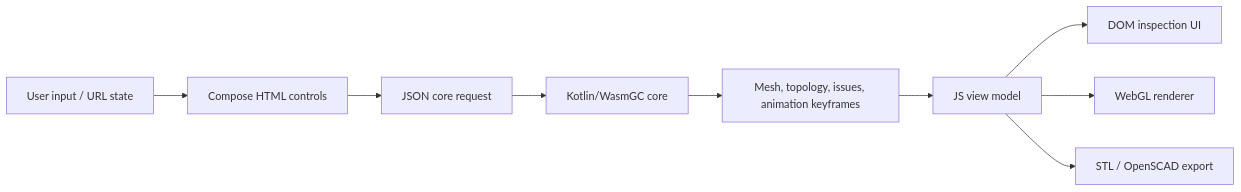
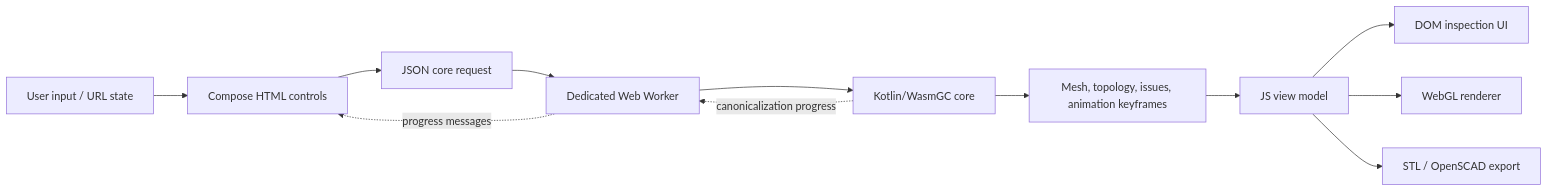
Before and after one commit to elizarov/PolyhedraExplorer: the diagram in docs/architecture.md, drawn with Mermaid. The commit also changed other lines of this file and 6 other files, not shown here.

First line of the commit message:
Run Wasm core transforms in a Web Worker

````diff
--- a/docs/architecture.md
+++ b/docs/architecture.md
@@ -14,11 +14,14 @@
 ```mermaid
 flowchart LR
     U["User input / URL state"] --> C["Compose HTML controls"]
     C --> B["JSON core request"]
-    B --> W["Kotlin/WasmGC core"]
+    B --> Q["Dedicated Web Worker"]
+    Q --> W["Kotlin/WasmGC core"]
     W --> R["Mesh, topology, issues, animation keyframes"]
+    W -. "canonicalization progress" .-> Q
+    Q -. "progress messages" .-> C
     R --> V["JS view model"]
     V --> D["DOM inspection UI"]
     V --> G["WebGL renderer"]
     V --> E["STL / OpenSCAD export"]
 ```
````
